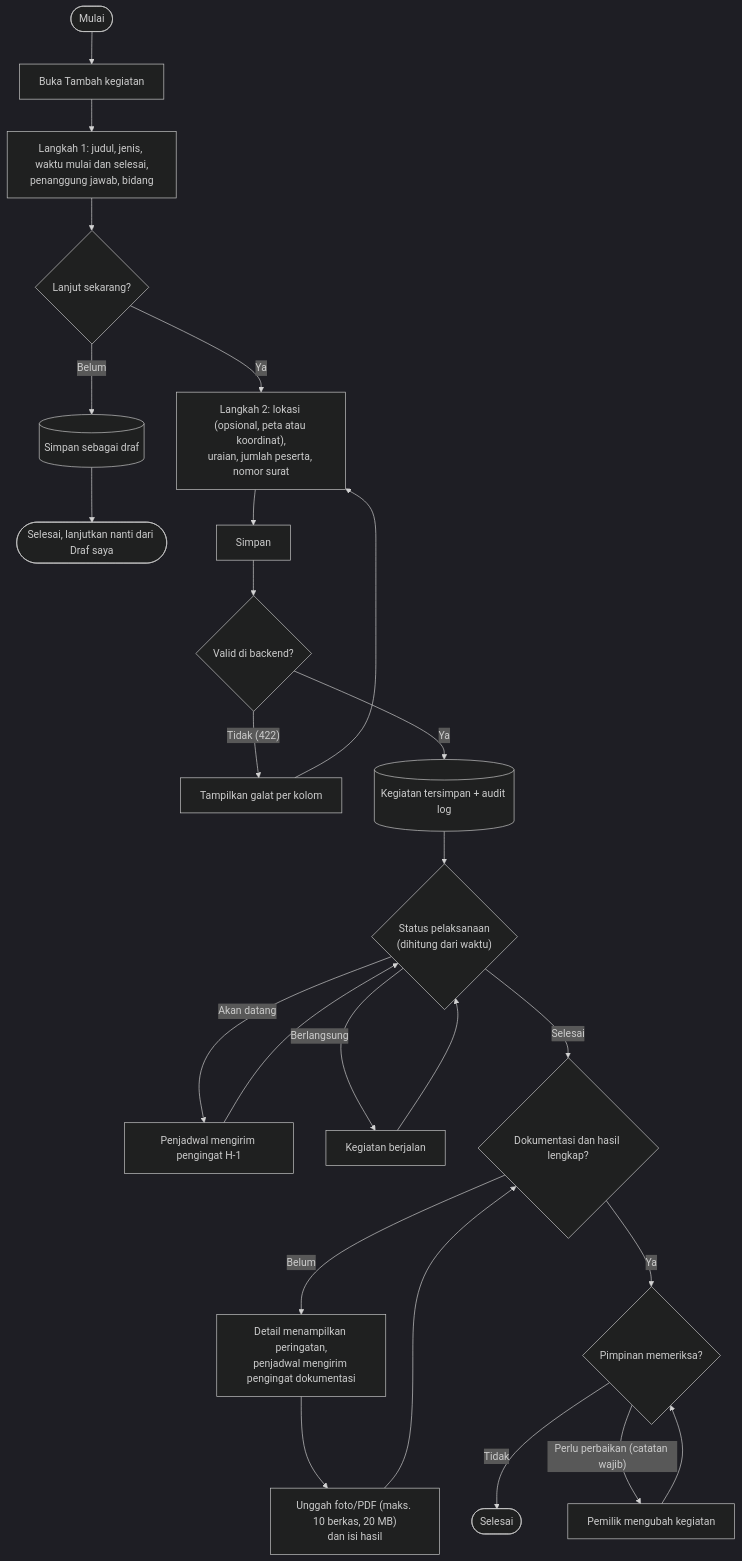
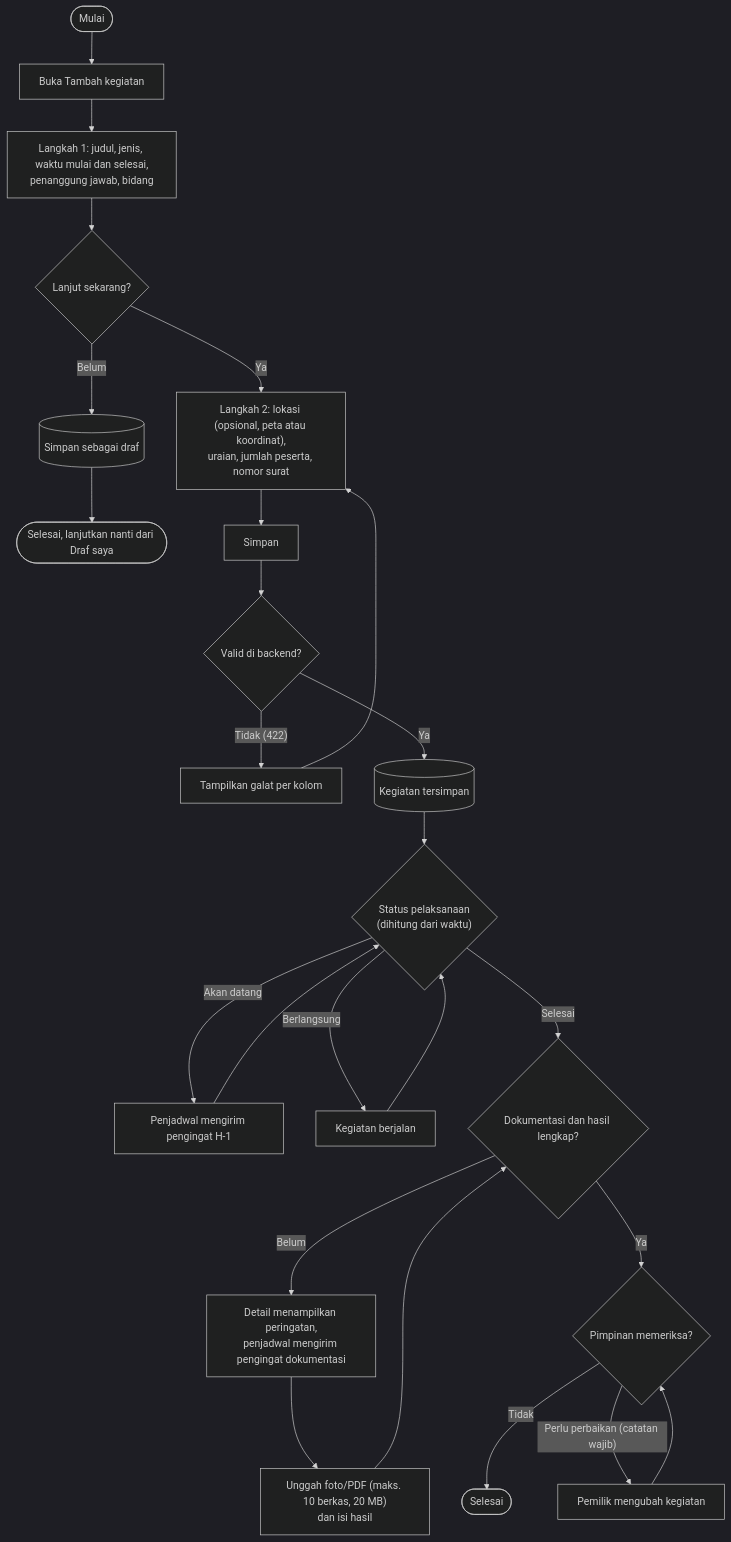
One commit to AhmadsTechDev/kegiatan-kominfo changed the first of 2 diagrams in docs/uml/02-activity.md. Above: the diagram before and after it, drawn with Mermaid (dark theme). The commit also changed other lines of this file and 69 other files, not shown here.

First line of the commit message:
feat: remove audit log feature

````diff
--- a/docs/uml/02-activity.md
+++ b/docs/uml/02-activity.md
@@ -7,25 +7,25 @@
 ```mermaid
 flowchart TD
     mulai([Mulai]) --> buka[Buka Tambah kegiatan]
     buka --> langkah1["Langkah 1: judul, jenis, waktu mulai dan selesai,<br/>penanggung jawab, bidang"]
     langkah1 --> lanjut{Lanjut sekarang?}
     lanjut -- Belum --> draf[(Simpan sebagai draf)]
     draf --> akhirDraf([Selesai, lanjutkan nanti dari Draf saya])
     lanjut -- Ya --> langkah2["Langkah 2: lokasi (opsional, peta atau koordinat),<br/>uraian, jumlah peserta, nomor surat"]
     langkah2 --> simpan[Simpan]
     simpan --> valid{Valid di backend?}
     valid -- "Tidak (422)" --> perbaiki[Tampilkan galat per kolom] --> langkah2
-    valid -- Ya --> tercatat[(Kegiatan tersimpan + audit log)]
+    valid -- Ya --> tercatat[(Kegiatan tersimpan)]
     tercatat --> status{"Status pelaksanaan<br/>(dihitung dari waktu)"}
     status -- Akan datang --> h1[Penjadwal mengirim pengingat H-1]
     h1 --> status
     status -- Berlangsung --> tunggu[Kegiatan berjalan]
     tunggu --> status
     status -- Selesai --> lengkap{Dokumentasi dan hasil lengkap?}
     lengkap -- Belum --> ingatDok[Detail menampilkan peringatan,<br/>penjadwal mengirim pengingat dokumentasi]
     ingatDok --> unggah["Unggah foto/PDF (maks. 10 berkas, 20 MB)<br/>dan isi hasil"]
     unggah --> lengkap
     lengkap -- Ya --> periksa{Pimpinan memeriksa?}
     periksa -- Tidak --> akhir([Selesai])
     periksa -- "Perlu perbaikan (catatan wajib)" --> ubah[Pemilik mengubah kegiatan] --> periksa
 ```
````
